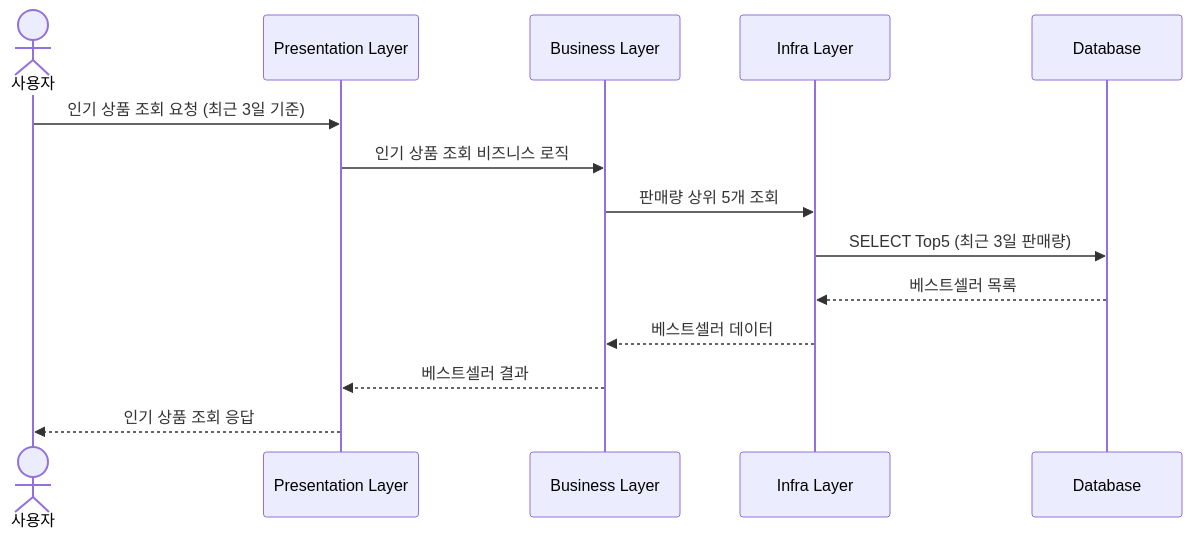
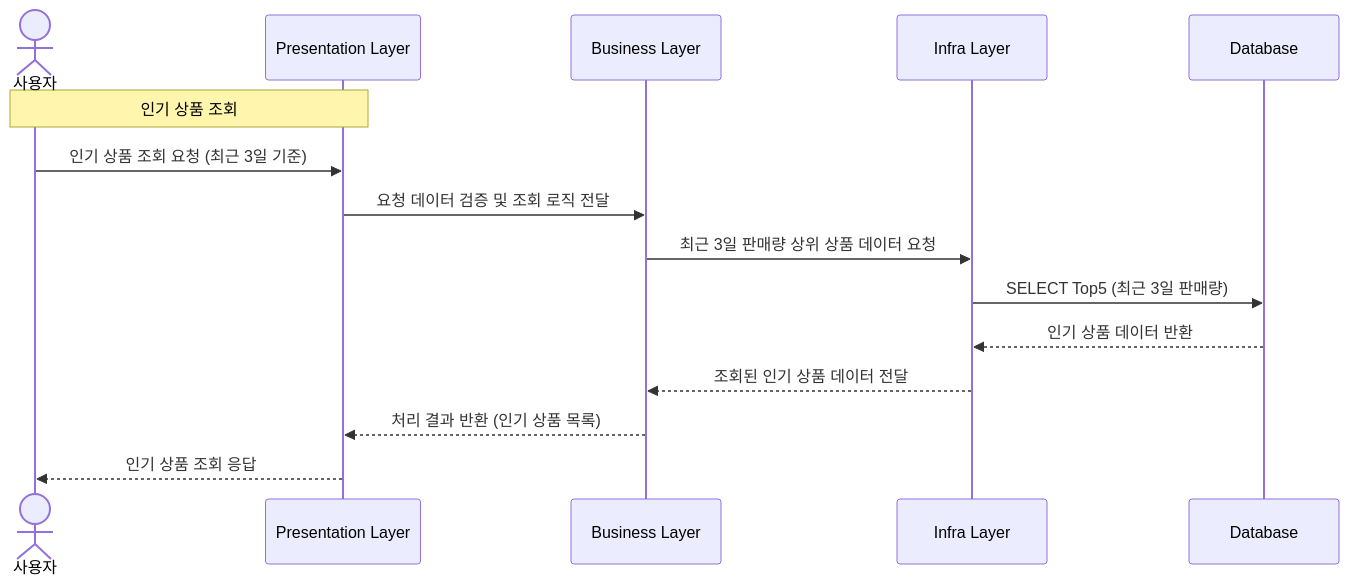
The fifth of 6 diagrams in README.md (dhgudtmxhs/hhplus-ecommerce), drawn with Mermaid before and after one commit. The commit also changed other lines of this file, not shown here.

````diff
--- a/README.md
+++ b/README.md
@@ -145,17 +148,18 @@
 ```mermaid
 sequenceDiagram
 actor U as 사용자
 participant P as Presentation Layer
 participant B as Business Layer
 participant I as Infra Layer
 participant DB as Database
 
+Note over U,P: 인기 상품 조회
 U->>P: 인기 상품 조회 요청 (최근 3일 기준)
-P->>B: 인기 상품 조회 비즈니스 로직
-B->>I: 판매량 상위 5개 조회
+P->>B: 요청 데이터 검증 및 조회 로직 전달
+B->>I: 최근 3일 판매량 상위 상품 데이터 요청
 I->>DB: SELECT Top5 (최근 3일 판매량)
-DB-->>I: 베스트셀러 목록
-I-->>B: 베스트셀러 데이터
-B-->>P: 베스트셀러 결과
+DB-->>I: 인기 상품 데이터 반환
+I-->>B: 조회된 인기 상품 데이터 전달
+B-->>P: 처리 결과 반환 (인기 상품 목록)
 P-->>U: 인기 상품 조회 응답
 ```
````
